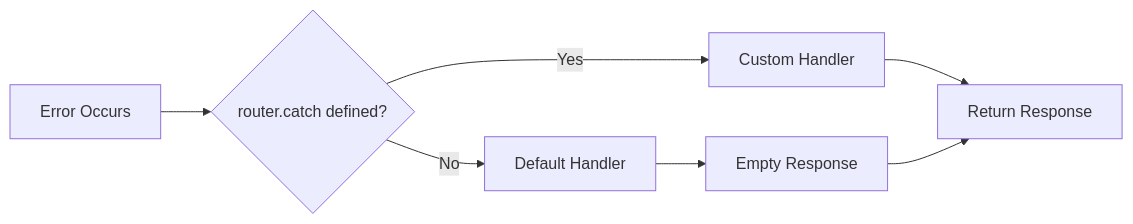
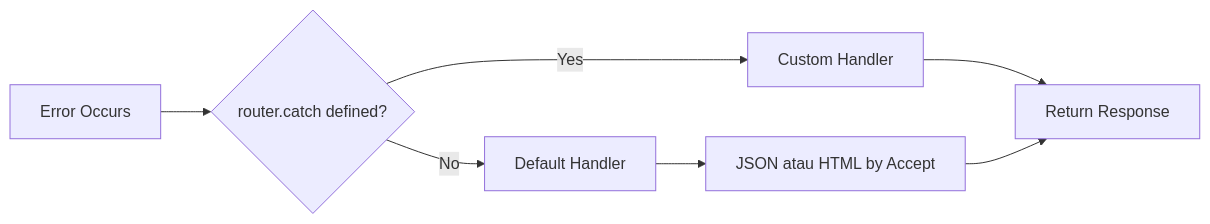
One commit to NeaByteLab/Deserve changed the diagram in docs/id/error-handling/default-behavior.md. Above: the diagram before and after it, drawn with Mermaid. The commit also changed other lines of this file and 59 other files, not shown here.

````diff
--- a/docs/id/error-handling/default-behavior.md
+++ b/docs/id/error-handling/default-behavior.md
@@ -5,9 +5,9 @@
 ```mermaid
 flowchart LR
     A[Error Occurs] --> B{router.catch defined?}
     B -->|No| C[Default Handler]
     B -->|Yes| D[Custom Handler]
-    C --> E[Empty Response]
+    C --> E[JSON atau HTML by Accept]
     D --> F
     E --> F[Return Response]
 ```
````
